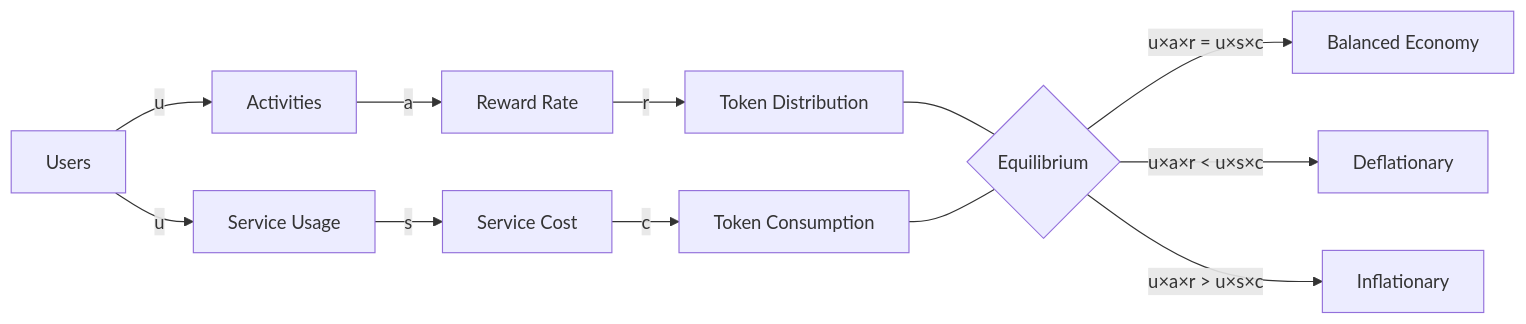
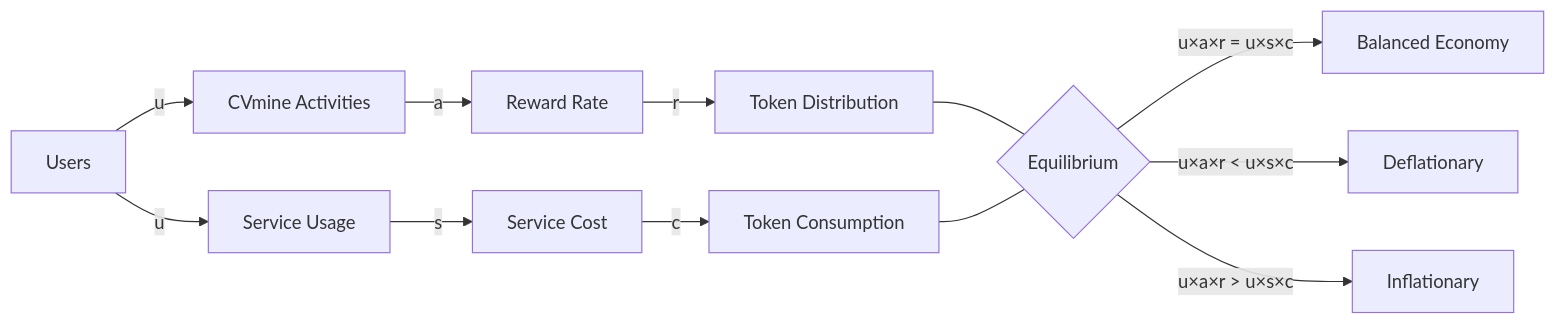
One commit to karthikhosur/italtoken changed diagram 15 of 17 in whitepaper.md. Above: the diagram before and after it, drawn with Mermaid. The commit also changed other lines of this file, not shown here.

````diff
--- a/whitepaper.md
+++ b/whitepaper.md
@@ -484,17 +582,17 @@
 ```mermaid
 graph LR
-    A[Users] -->|u| B[Activities]
+    A[Users] -->|u| B[CVmine Activities]
     B -->|a| C[Reward Rate]
     C -->|r| D[Token Distribution]
     
     A -->|u| E[Service Usage]
     E -->|s| F[Service Cost]
     F -->|c| G[Token Consumption]
     
     D --- H{Equilibrium}
     G --- H
     
     H -->|u×a×r = u×s×c| I[Balanced Economy]
     H -->|u×a×r < u×s×c| J[Deflationary]
     H -->|u×a×r > u×s×c| K[Inflationary]
 ```
````
